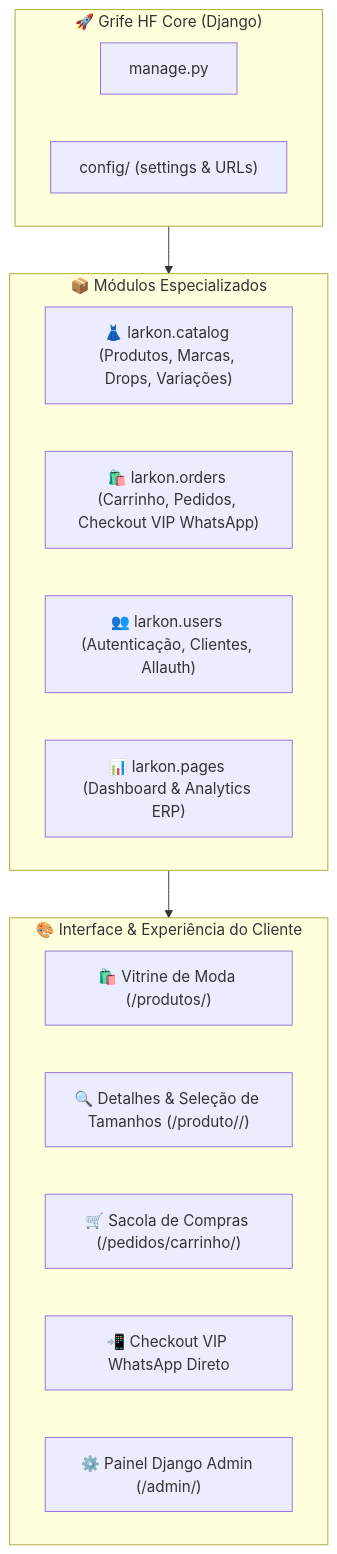
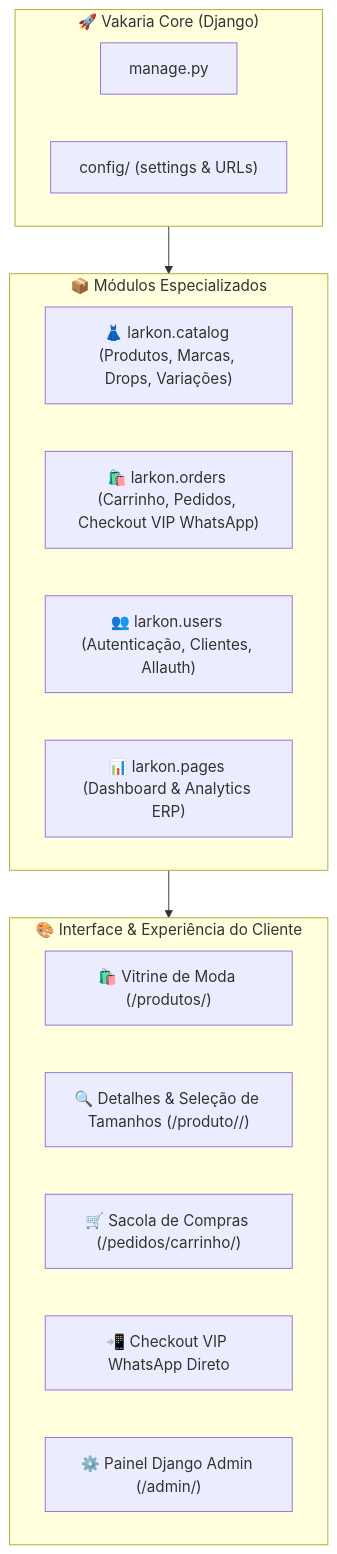
Before and after one commit to fvier/Vakaria: the diagram in README.md, drawn with Mermaid. The commit also changed other lines of this file and 64 other files, not shown here.

Commit message:
refactor: renomeia todas as ocorrencias de Grife HF para Vakaria no projeto

````diff
--- a/README.md
+++ b/README.md
@@ -24,25 +24,25 @@
 ```mermaid
 flowchart TD
-    subgraph Core["🚀 Grife HF Core (Django)"]
+    subgraph Core["🚀 Vakaria Core (Django)"]
         MANAGE["manage.py"]
         CONFIG["config/ (settings & URLs)"]
     end
 
     subgraph Modulos["📦 Módulos Especializados"]
         CATALOG["👗 larkon.catalog (Produtos, Marcas, Drops, Variações)"]
         ORDERS["🛍️ larkon.orders (Carrinho, Pedidos, Checkout VIP WhatsApp)"]
         USERS["👥 larkon.users (Autenticação, Clientes, Allauth)"]
         PAGES["📊 larkon.pages (Dashboard & Analytics ERP)"]
     end
 
     subgraph UI["🎨 Interface & Experiência do Cliente"]
         VITRINE["🛍️ Vitrine de Moda (/produtos/)"]
         DETAILS["🔍 Detalhes & Seleção de Tamanhos (/produto/<slug>/)"]
         CART["🛒 Sacola de Compras (/pedidos/carrinho/)"]
         WHATSAPP["📲 Checkout VIP WhatsApp Direto"]
         ADMIN["⚙️ Painel Django Admin (/admin/)"]
     end
 
     Core --> Modulos
     Modulos --> UI
 ```
````
